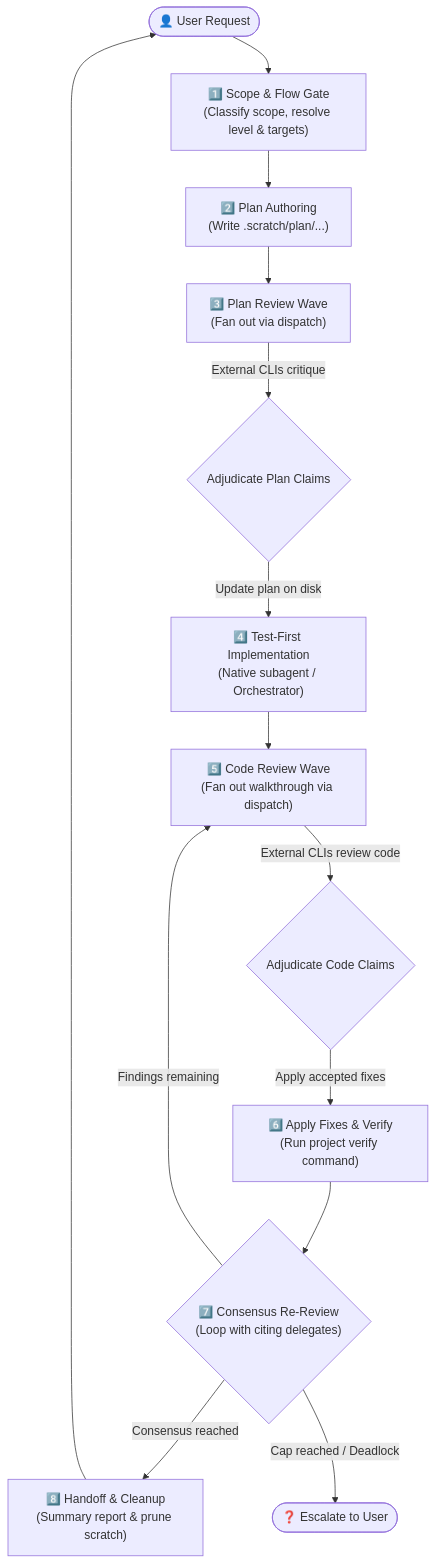
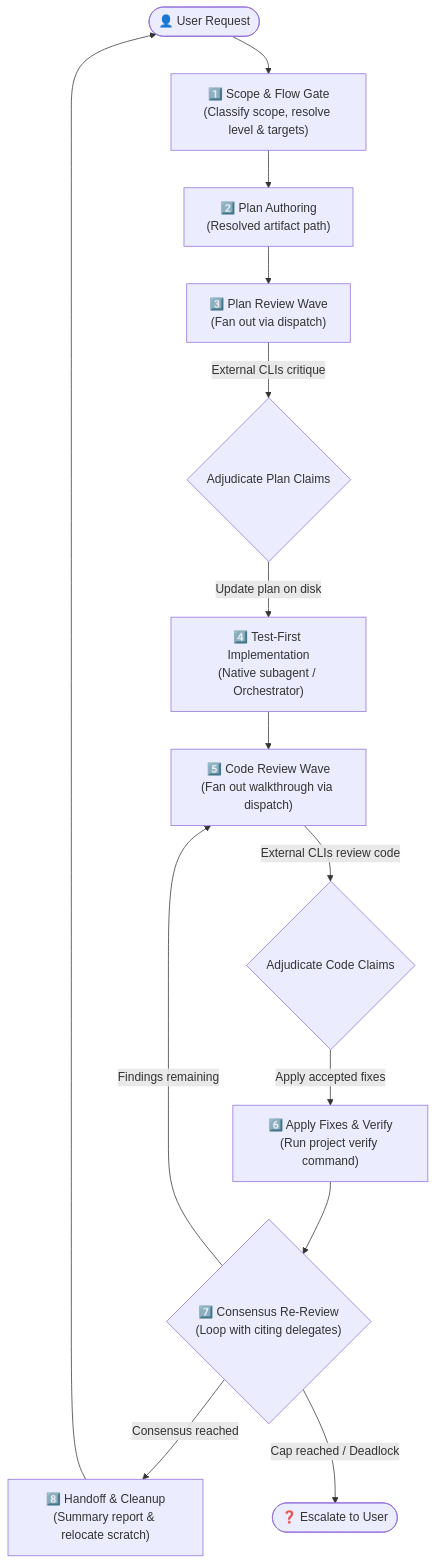
One commit to Gyunikuchan/dispatch-skills changed the diagram in skills/implement-dispatch/README.md. Above: the diagram before and after it, drawn with Mermaid. The commit also changed other lines of this file and 10 other files, not shown here.

First line of the commit message:
docs: align review-flow skills on shared conventions

````diff
--- a/skills/implement-dispatch/README.md
+++ b/skills/implement-dispatch/README.md
@@ -17,21 +17,21 @@
 ```mermaid
 flowchart TD
     User(["👤 User Request"]) --> Scope["1️⃣ Scope & Flow Gate<br/>(Classify scope, resolve level & targets)"]
-    Scope --> Plan["2️⃣ Plan Authoring<br/>(Write .scratch/plan/...)"]
+    Scope --> Plan["2️⃣ Plan Authoring<br/>(Resolved artifact path)"]
     
     Plan --> PlanRev["3️⃣ Plan Review Wave<br/>(Fan out via dispatch)"]
     PlanRev -->|External CLIs critique| PlanAdj{"Adjudicate Plan Claims"}
     PlanAdj -->|Update plan on disk| Impl["4️⃣ Test-First Implementation<br/>(Native subagent / Orchestrator)"]
     
     Impl --> CodeRev["5️⃣ Code Review Wave<br/>(Fan out walkthrough via dispatch)"]
     CodeRev -->|External CLIs review code| CodeAdj{"Adjudicate Code Claims"}
     
     CodeAdj -->|Apply accepted fixes| Fixes["6️⃣ Apply Fixes & Verify<br/>(Run project verify command)"]
     Fixes --> ReRev{"7️⃣ Consensus Re-Review<br/>(Loop with citing delegates)"}
     
     ReRev -->|Findings remaining| CodeRev
-    ReRev -->|Consensus reached| Handoff["8️⃣ Handoff & Cleanup<br/>(Summary report & prune scratch)"]
+    ReRev -->|Consensus reached| Handoff["8️⃣ Handoff & Cleanup<br/>(Summary report & relocate scratch)"]
     ReRev -->|Cap reached / Deadlock| Escalate(["❓ Escalate to User"])
     
     Handoff --> User
 ```
````
